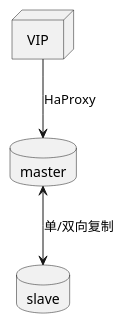
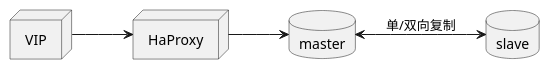
The first of 2 diagrams in content/post/五大常见MySQL高可用.md (jessun2017/jessun2017.github.io), drawn with PlantUML before and after one commit. The commit also changed other lines of this file, not shown here.

```diff
--- a/content/post/五大常见MySQL高可用.md
+++ b/content/post/五大常见MySQL高可用.md
@@ -15,10 +15,13 @@
 @startuml
+left to right direction
 
 node VIP
+node HaProxy
 database master
 database slave
 
-VIP --> master: HaProxy
+VIP --> HaProxy
+HaProxy --> master
 master <--> slave: 单/双向复制
 
 @enduml
```
